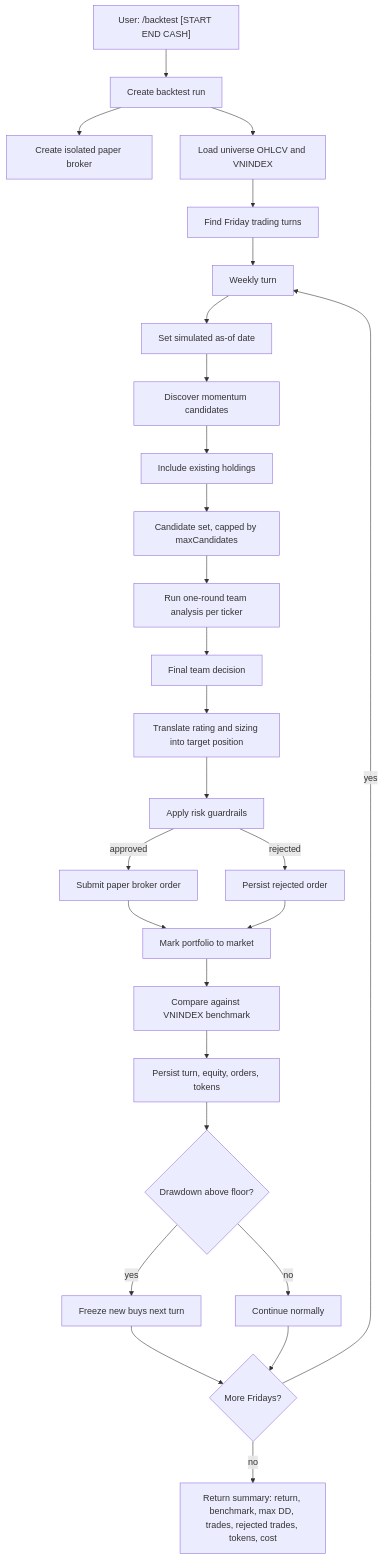
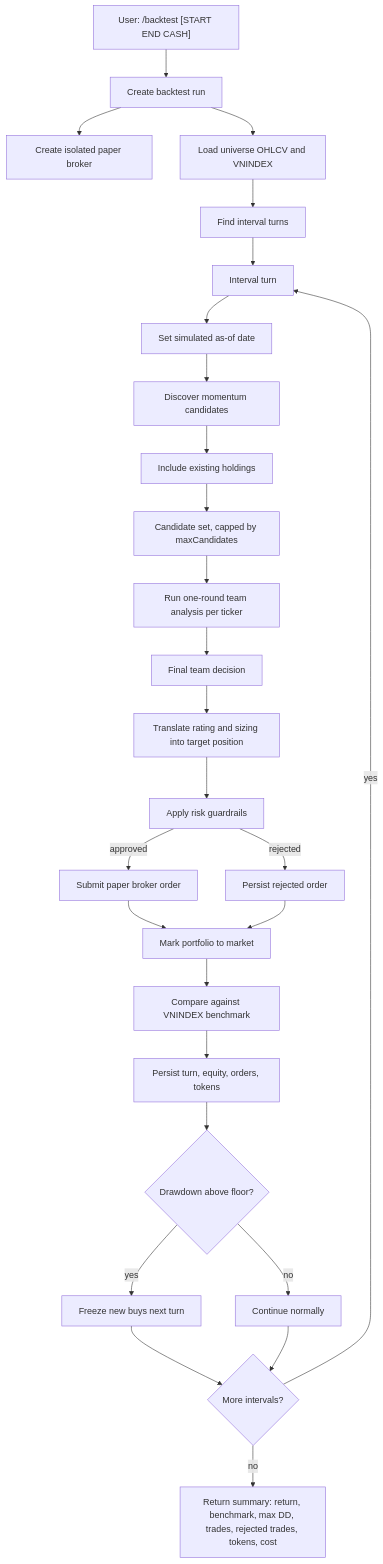
One commit to toreleon/Azoth changed the third of 4 diagrams in docs/agent-team.md. Above: the diagram before and after it, drawn with Mermaid. The commit also changed other lines of this file and 10 other files, not shown here.

````diff
--- a/docs/agent-team.md
+++ b/docs/agent-team.md
@@ -144,32 +146,32 @@
 ```mermaid
 flowchart TD
   User["User: /backtest [START END CASH]"] --> Init["Create backtest run"]
   Init --> Broker["Create isolated paper broker"]
   Init --> Data["Load universe OHLCV and VNINDEX"]
-  Data --> Fridays["Find Friday trading turns"]
+  Data --> Intervals["Find interval turns"]
 
-  Fridays --> Turn["Weekly turn"]
+  Intervals --> Turn["Interval turn"]
   Turn --> AsOf["Set simulated as-of date"]
   AsOf --> Discovery["Discover momentum candidates"]
   Discovery --> Held["Include existing holdings"]
   Held --> CandidateSet["Candidate set, capped by maxCandidates"]
 
   CandidateSet --> Team["Run one-round team analysis per ticker"]
   Team --> Decision["Final team decision"]
   Decision --> Sizing["Translate rating and sizing into target position"]
   Sizing --> Guardrails["Apply risk guardrails"]
   Guardrails -- approved --> Order["Submit paper broker order"]
   Guardrails -- rejected --> Reject["Persist rejected order"]
 
   Order --> Equity["Mark portfolio to market"]
   Reject --> Equity
   Equity --> Benchmark["Compare against VNINDEX benchmark"]
   Benchmark --> Persist["Persist turn, equity, orders, tokens"]
   Persist --> Drawdown{"Drawdown above floor?"}
   Drawdown -- yes --> Freeze["Freeze new buys next turn"]
   Drawdown -- no --> Continue["Continue normally"]
-  Freeze --> Next{"More Fridays?"}
+  Freeze --> Next{"More intervals?"}
   Continue --> Next
   Next -- yes --> Turn
   Next -- no --> Summary["Return summary: return, benchmark, max DD, trades, rejected trades, tokens, cost"]
 ```
````
